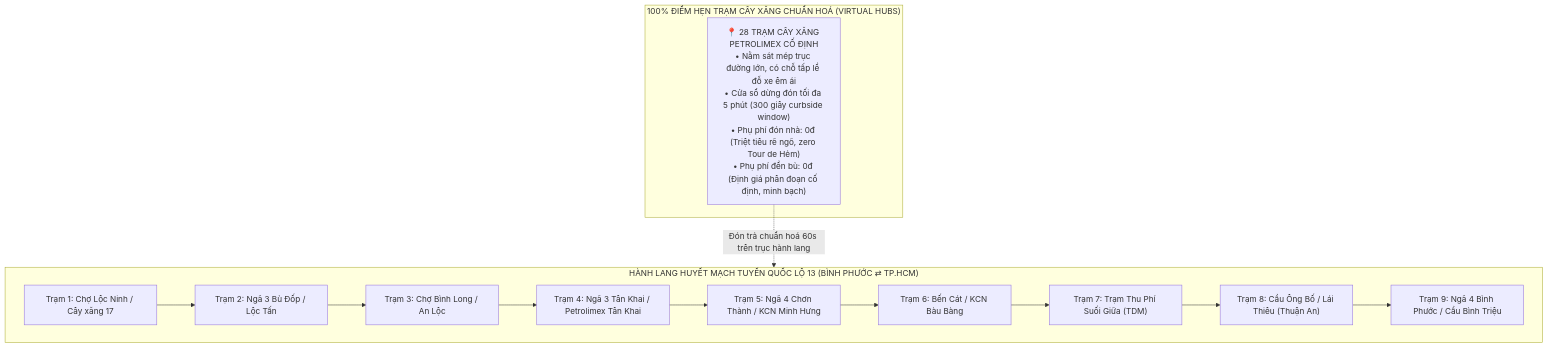
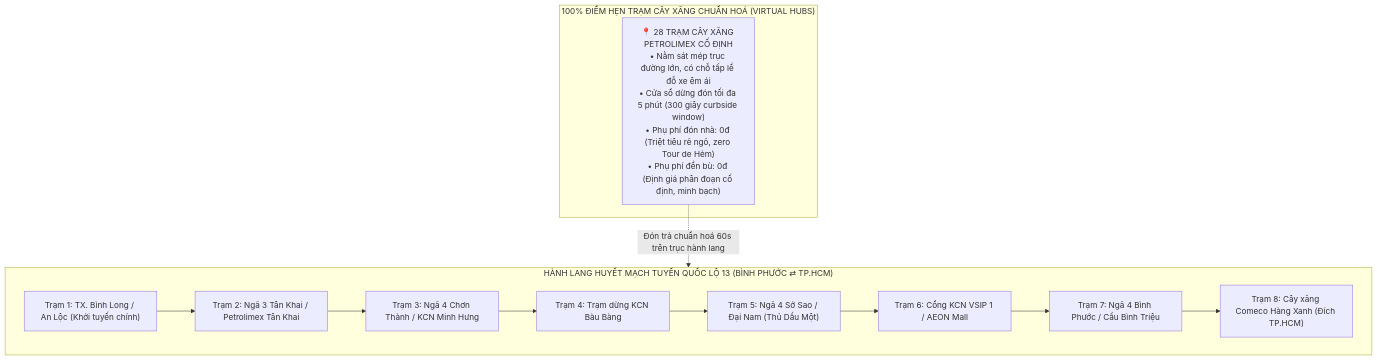
One commit to brianhuynh2021/carmate changed the third of 6 diagrams in ARCHITECTURE.md. Above: the diagram before and after it, drawn with Mermaid. The commit also changed 2 other files, not shown here.

Commit message:
fix(corridor): hide Bu Dop and Loc Ninh stations to start QL13 corridor from Binh Long

````diff
--- a/ARCHITECTURE.md
+++ b/ARCHITECTURE.md
@@ -134,20 +134,19 @@
 ```mermaid
 flowchart TD
     subgraph CORRIDOR_QL13 ["HÀNH LANG HUYẾT MẠCH TUYẾN QUỐC LỘ 13 (BÌNH PHƯỚC ⇄ TP.HCM)"]
         direction LR
-        Hub1["Trạm 1: Chợ Lộc Ninh / Cây xăng 17"] --> Hub2["Trạm 2: Ngã 3 Bù Đốp / Lộc Tấn"]
-        Hub2 --> Hub3["Trạm 3: Chợ Bình Long / An Lộc"]
-        Hub3 --> Hub4["Trạm 4: Ngã 3 Tân Khai / Petrolimex Tân Khai"]
-        Hub4 --> Hub5["Trạm 5: Ngã 4 Chơn Thành / KCN Minh Hưng"]
-        Hub5 --> Hub6["Trạm 6: Bến Cát / KCN Bàu Bàng"]
-        Hub6 --> Hub7["Trạm 7: Trạm Thu Phí Suối Giữa (TDM)"]
-        Hub7 --> Hub8["Trạm 8: Cầu Ông Bố / Lái Thiêu (Thuận An)"]
-        Hub8 --> Hub9["Trạm 9: Ngã 4 Bình Phước / Cầu Bình Triệu"]
+        Hub1["Trạm 1: TX. Bình Long / An Lộc (Khởi tuyến chính)"] --> Hub2["Trạm 2: Ngã 3 Tân Khai / Petrolimex Tân Khai"]
+        Hub2 --> Hub3["Trạm 3: Ngã 4 Chơn Thành / KCN Minh Hưng"]
+        Hub3 --> Hub4["Trạm 4: Trạm dừng KCN Bàu Bàng"]
+        Hub4 --> Hub5["Trạm 5: Ngã 4 Sở Sao / Đại Nam (Thủ Dầu Một)"]
+        Hub5 --> Hub6["Trạm 6: Cổng KCN VSIP 1 / AEON Mall"]
+        Hub6 --> Hub7["Trạm 7: Ngã 4 Bình Phước / Cầu Bình Triệu"]
+        Hub7 --> Hub8["Trạm 8: Cây xăng Comeco Hàng Xanh (Đích TP.HCM)"]
     end
 
     subgraph PICKUP_LAYER ["100% ĐIỂM HẸN TRẠM CÂY XĂNG CHUẨN HOÁ (VIRTUAL HUBS)"]
         VHub["📍 28 TRẠM CÂY XĂNG PETROLIMEX CỐ ĐỊNH<br>• Nằm sát mép trục đường lớn, có chỗ tấp lề đỗ xe êm ái<br>• Cửa sổ dừng đón tối đa 5 phút (300 giây curbside window)<br>• Phụ phí đón nhà: 0đ (Triệt tiêu rẽ ngõ, zero Tour de Hẻm)<br>• Phụ phí đền bù: 0đ (Định giá phân đoạn cố định, minh bạch)"]
     end
 
     VHub -.->|"Đón trả chuẩn hoá 60s trên trục hành lang"| CORRIDOR_QL13
 ```
````
